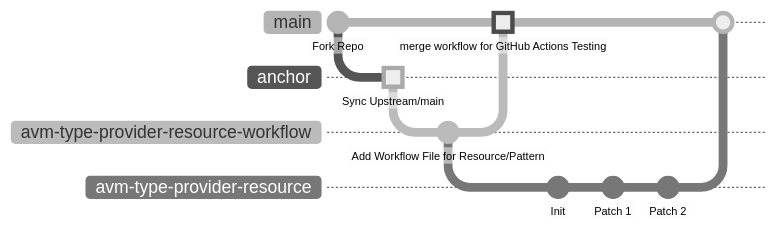
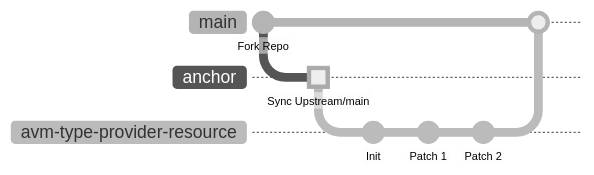
Before and after one commit to Azure/Azure-Verified-Modules: the second of 2 diagrams in docs/content/contributing/bicep/bicep-contribution-flow/_index.md, drawn with Mermaid (neutral theme). The commit also changed other lines of this file and 14 other files, not shown here.

First line of the commit message:
docs: update AVM authoring and workflow guidance

```diff
--- a/docs/content/contributing/bicep/bicep-contribution-flow/_index.md
+++ b/docs/content/contributing/bicep/bicep-contribution-flow/_index.md
@@ -59,27 +58,22 @@
 {{< mermaid zoom="true" >}}
 ---
 
 config:
   logLevel: debug
   gitGraph:
     rotateCommitLabel: false
 ---
 
 gitGraph LR:
   commit id:"Fork Repo"
   branch anchor
   checkout anchor
   commit id:"Sync Upstream/main" type: HIGHLIGHT
-  branch avm-type-provider-resource-workflow
-  checkout avm-type-provider-resource-workflow
-  commit id:"Add Workflow File for Resource/Pattern"
   branch avm-type-provider-resource
-  checkout main
-  merge avm-type-provider-resource-workflow id: "merge workflow for GitHub Actions Testing" type: HIGHLIGHT
   checkout avm-type-provider-resource
   commit id:"Init"
   commit id:"Patch 1"
   commit id:"Patch 2"
   checkout main
   merge avm-type-provider-resource
 {{< /mermaid >}}
```
